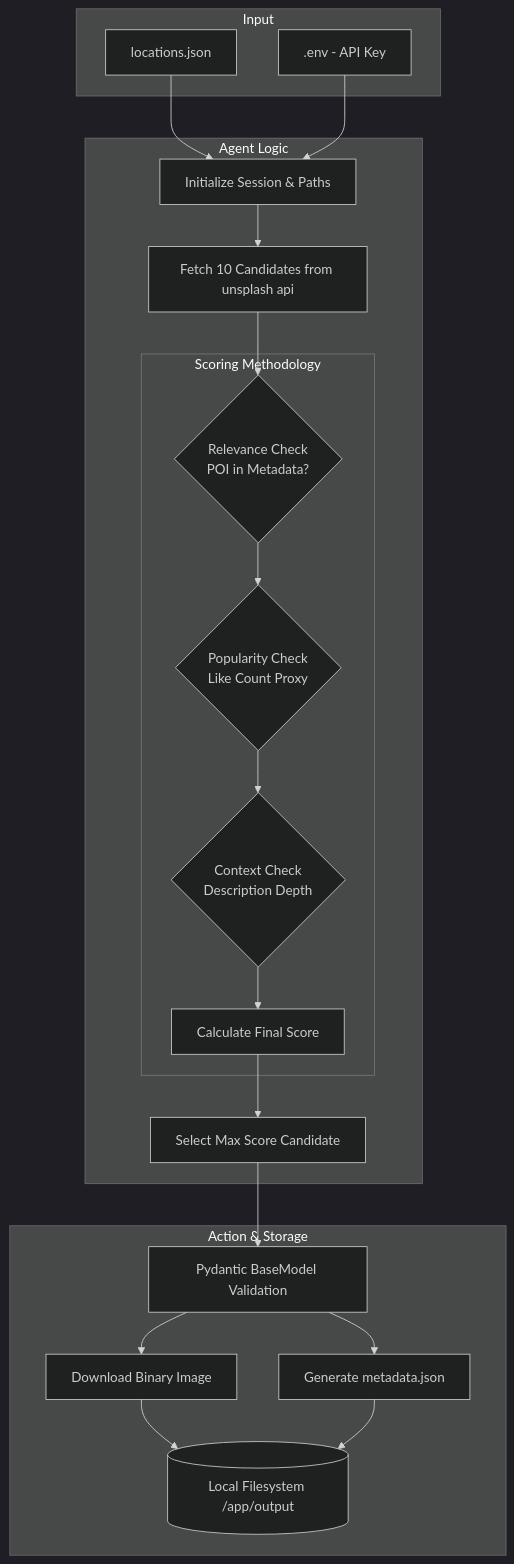
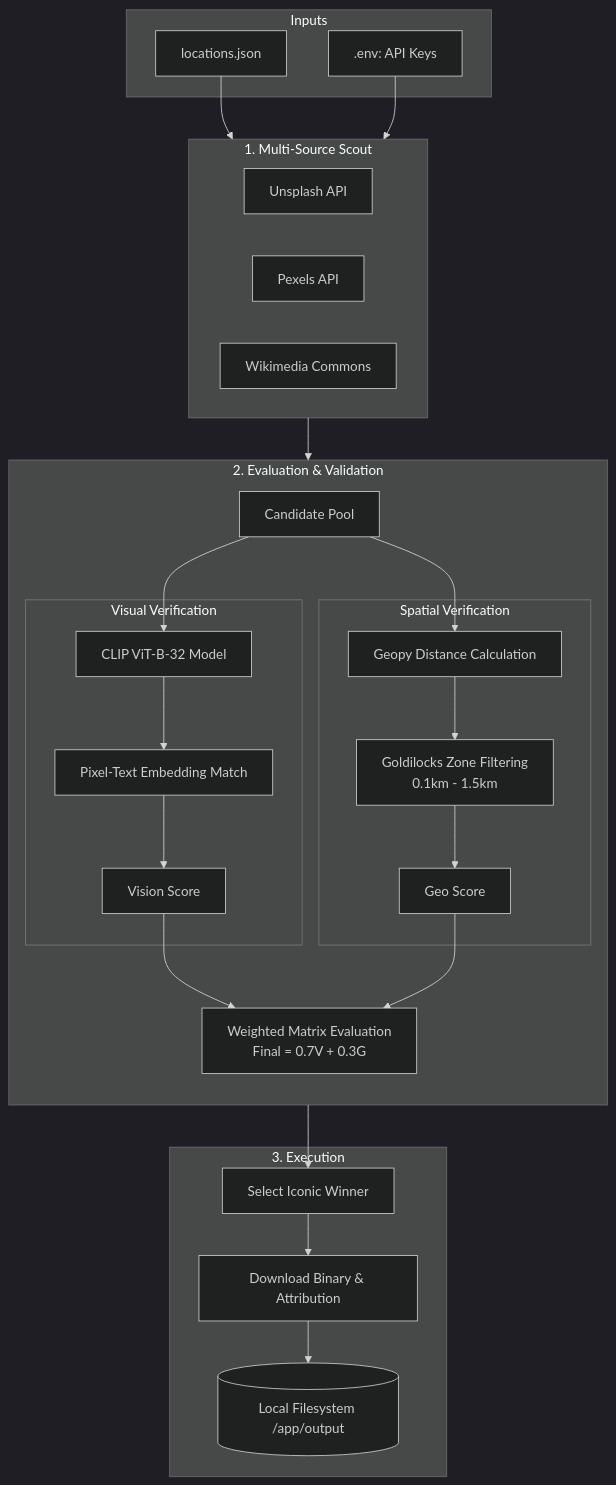
Before and after one commit to haru-02/NYCview: the diagram in NYCview.md, drawn with Mermaid (dark theme). The commit also changed other lines of this file, not shown here.

Commit message:
changed architecture readme

````diff
--- a/NYCview.md
+++ b/NYCview.md
@@ -20,43 +21,52 @@
 ```mermaid
 graph TD
-    subgraph Input
+    subgraph Inputs
         LOC[locations.json]
-        ENV[.env - API Key]
+        ENV[.env: API Keys]
     end
 
-    subgraph Agent_Core[Agent Logic]
-        INIT[Initialize Session & Paths]
-        CANDIDATES[Fetch 10 Candidates from unsplash api]
-        
-        subgraph Scoring_Engine[Scoring Methodology]
-            RELEVANCE{Relevance Check<br/>POI in Metadata?}
-            LIKES{Popularity Check<br/>Like Count Proxy}
-            DESC{Context Check<br/>Description Depth}
-            SCORE[Calculate Final Score]
-        end
-        
-        WINNER[Select Max Score Candidate]
+    subgraph Discovery_Phase[1. Multi-Source Scout]
+        U_API[Unsplash API]
+        P_API[Pexels API]
+        W_API[Wikimedia Commons]
     end
 
-    subgraph Persistence_Layer[Action & Storage]
-        VALIDATE[Pydantic BaseModel Validation]
-        DL[Download Binary Image]
-        META[Generate metadata.json]
-        FILESYSTEM[(Local Filesystem /app/output)]
+    subgraph Reasoning_Engine[2. Evaluation & Validation]
+        direction TB
+        CAND[Candidate Pool]
+
+        subgraph AI_Vision[Visual Verification]
+            CLIP[CLIP ViT-B-32 Model]
+            EMBED[Pixel-Text Embedding Match]
+            V_SCORE[Vision Score]
+        end
+
+        subgraph Geo_Intel[Spatial Verification]
+            GEOPY[Geopy Distance Calculation]
+            ZONE[Goldilocks Zone Filtering<br/>0.1km - 1.5km]
+            G_SCORE[Geo Score]
+        end
+
+        DECIDE[Weighted Matrix Evaluation<br/>Final = 0.7V + 0.3G]
+    end
+
+    subgraph Action_Layer[3. Execution]
+        WINNER[Select Iconic Winner]
+        DL[Download Binary & Attribution]
+        STORAGE[(Local Filesystem /app/output)]
     end
 
     %% Flow
-    LOC --> INIT
-    ENV --> INIT
-    INIT --> CANDIDATES
-    CANDIDATES --> RELEVANCE
-    RELEVANCE --> LIKES
-    LIKES --> DESC
-    DESC --> SCORE
-    SCORE --> WINNER
-    WINNER --> VALIDATE
-    VALIDATE --> DL
-    VALIDATE --> META
-    DL --> FILESYSTEM
-    META --> FILESYSTEM
+    LOC --> Discovery_Phase
+    ENV --> Discovery_Phase
+    Discovery_Phase --> CAND
+    CAND --> CLIP
+    CAND --> GEOPY
+    CLIP --> EMBED --> V_SCORE
+    GEOPY --> ZONE --> G_SCORE
+    V_SCORE --> DECIDE
+    G_SCORE --> DECIDE
+    DECIDE --> WINNER
+    WINNER --> DL
+    DL --> STORAGE
 ```
````
